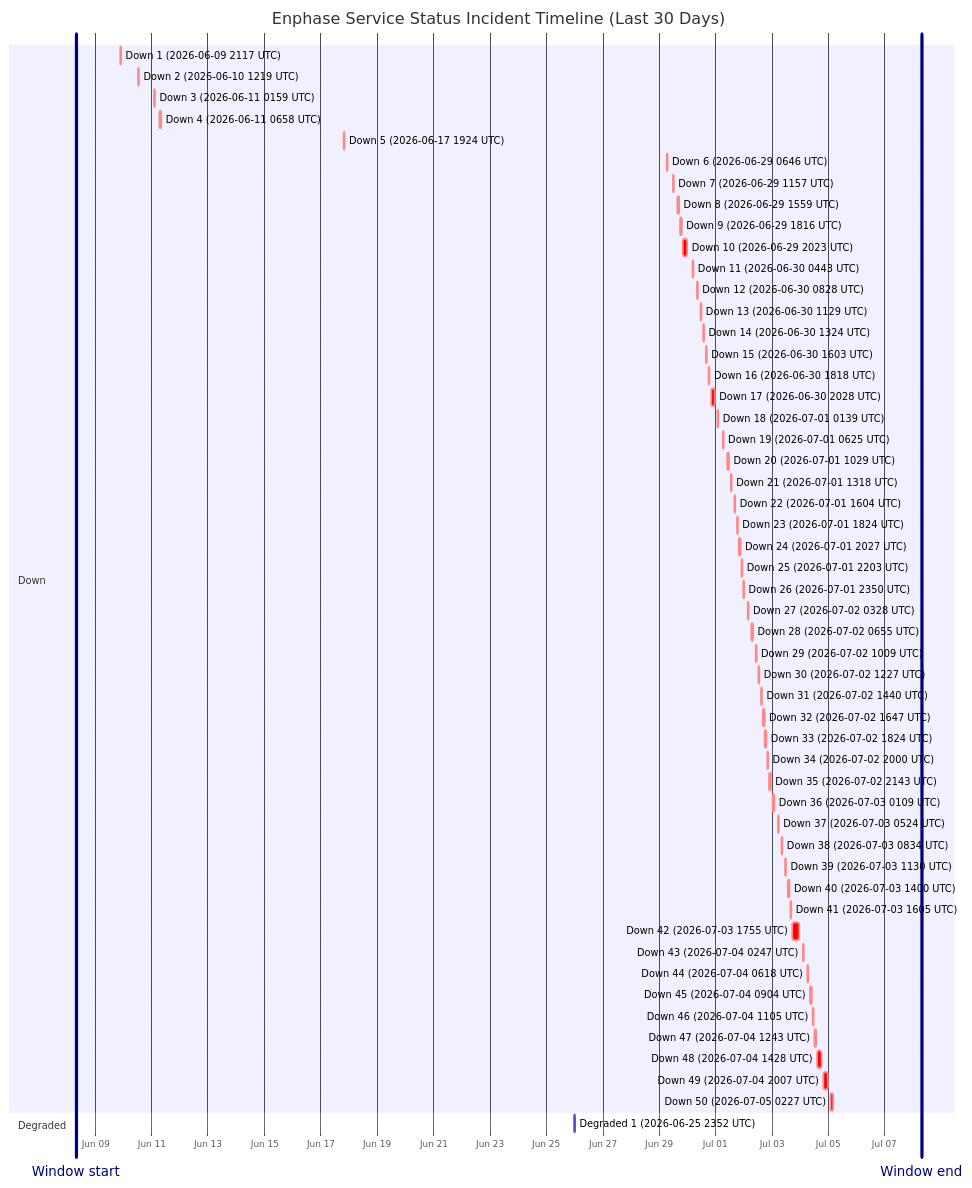
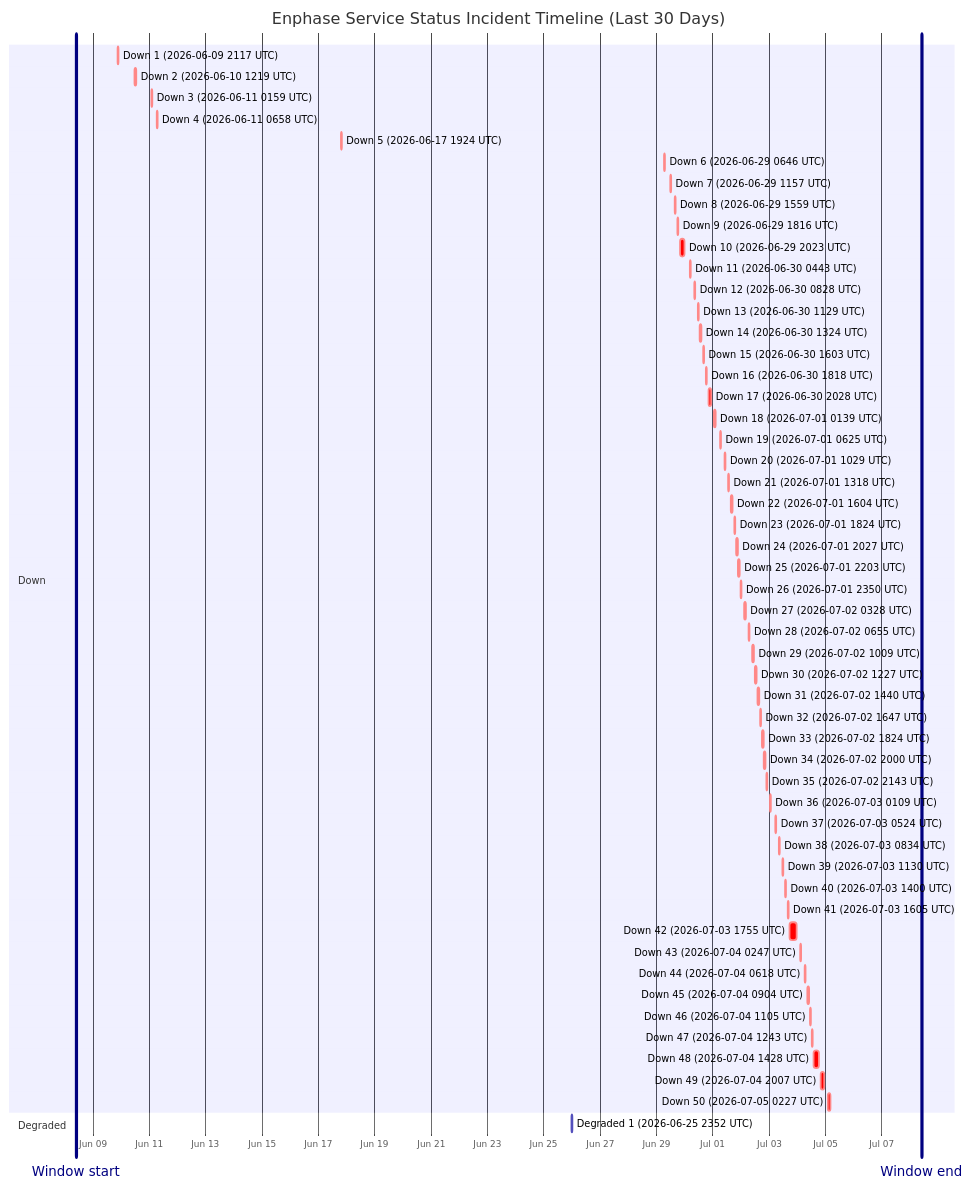
One commit to barneyonline/ha-enphase-energy changed the diagram in wiki/Service-Status-History.md. Above: the diagram before and after it, drawn with Mermaid. The commit also changed other lines of this file and 3 other files, not shown here.

````diff
--- a/wiki/Service-Status-History.md
+++ b/wiki/Service-Status-History.md
@@ -14,61 +14,61 @@
 ```mermaid
 gantt
     title Enphase Service Status Incident Timeline (Last 30 Days)
     dateFormat  YYYY-MM-DDTHH:mm:ss
     axisFormat  %b %d
-    Window start :vert, window-start, 2026-06-08T07:27:38, 0ms
-    Window end :vert, window-end, 2026-07-08T07:27:38, 0ms
+    Window start :vert, window-start, 2026-06-08T09:55:59, 0ms
+    Window end :vert, window-end, 2026-07-08T09:55:59, 0ms
     section Down
     Down 1 (2026-06-09 2117 UTC) :crit, down-1, 2026-06-09T21:17:17, 60m
     Down 2 (2026-06-10 1219 UTC) :crit, down-2, 2026-06-10T12:19:21, 60m
     Down 3 (2026-06-11 0159 UTC) :crit, down-3, 2026-06-11T01:59:36, 60m
     Down 4 (2026-06-11 0658 UTC) :crit, down-4, 2026-06-11T06:58:45, 60m
     Down 5 (2026-06-17 1924 UTC) :crit, down-5, 2026-06-17T19:24:51, 60m
     Down 6 (2026-06-29 0646 UTC) :crit, down-6, 2026-06-29T06:46:18, 60m
     Down 7 (2026-06-29 1157 UTC) :crit, down-7, 2026-06-29T11:57:36, 60m
     Down 8 (2026-06-29 1559 UTC) :crit, down-8, 2026-06-29T15:59:02, 60m
     Down 9 (2026-06-29 1816 UTC) :crit, down-9, 2026-06-29T18:16:38, 60m
     Down 10 (2026-06-29 2023 UTC) :crit, down-10, 2026-06-29T20:23:16, 220m
     Down 11 (2026-06-30 0443 UTC) :crit, down-11, 2026-06-30T04:43:54, 60m
     Down 12 (2026-06-30 0828 UTC) :crit, down-12, 2026-06-30T08:28:43, 60m
     Down 13 (2026-06-30 1129 UTC) :crit, down-13, 2026-06-30T11:29:15, 60m
     Down 14 (2026-06-30 1324 UTC) :crit, down-14, 2026-06-30T13:24:25, 60m
     Down 15 (2026-06-30 1603 UTC) :crit, down-15, 2026-06-30T16:03:26, 60m
     Down 16 (2026-06-30 1818 UTC) :crit, down-16, 2026-06-30T18:18:39, 60m
     Down 17 (2026-06-30 2028 UTC) :crit, down-17, 2026-06-30T20:28:54, 171m
     Down 18 (2026-07-01 0139 UTC) :crit, down-18, 2026-07-01T01:39:18, 60m
     Down 19 (2026-07-01 0625 UTC) :crit, down-19, 2026-07-01T06:25:35, 60m
     Down 20 (2026-07-01 1029 UTC) :crit, down-20, 2026-07-01T10:29:24, 60m
     Down 21 (2026-07-01 1318 UTC) :crit, down-21, 2026-07-01T13:18:31, 60m
     Down 22 (2026-07-01 1604 UTC) :crit, down-22, 2026-07-01T16:04:29, 60m
     Down 23 (2026-07-01 1824 UTC) :crit, down-23, 2026-07-01T18:24:21, 60m
     Down 24 (2026-07-01 2027 UTC) :crit, down-24, 2026-07-01T20:27:17, 60m
     Down 25 (2026-07-01 2203 UTC) :crit, down-25, 2026-07-01T22:03:46, 60m
     Down 26 (2026-07-01 2350 UTC) :crit, down-26, 2026-07-01T23:50:52, 60m
     Down 27 (2026-07-02 0328 UTC) :crit, down-27, 2026-07-02T03:28:33, 60m
     Down 28 (2026-07-02 0655 UTC) :crit, down-28, 2026-07-02T06:55:07, 60m
     Down 29 (2026-07-02 1009 UTC) :crit, down-29, 2026-07-02T10:09:15, 60m
     Down 30 (2026-07-02 1227 UTC) :crit, down-30, 2026-07-02T12:27:49, 60m
     Down 31 (2026-07-02 1440 UTC) :crit, down-31, 2026-07-02T14:40:53, 60m
     Down 32 (2026-07-02 1647 UTC) :crit, down-32, 2026-07-02T16:47:47, 60m
     Down 33 (2026-07-02 1824 UTC) :crit, down-33, 2026-07-02T18:24:26, 60m
     Down 34 (2026-07-02 2000 UTC) :crit, down-34, 2026-07-02T20:00:57, 60m
     Down 35 (2026-07-02 2143 UTC) :crit, down-35, 2026-07-02T21:43:52, 80m
     Down 36 (2026-07-03 0109 UTC) :crit, down-36, 2026-07-03T01:09:19, 60m
     Down 37 (2026-07-03 0524 UTC) :crit, down-37, 2026-07-03T05:24:23, 60m
     Down 38 (2026-07-03 0834 UTC) :crit, down-38, 2026-07-03T08:34:05, 60m
     Down 39 (2026-07-03 1130 UTC) :crit, down-39, 2026-07-03T11:30:41, 60m
     Down 40 (2026-07-03 1400 UTC) :crit, down-40, 2026-07-03T14:00:48, 60m
     Down 41 (2026-07-03 1605 UTC) :crit, down-41, 2026-07-03T16:05:49, 60m
     Down 42 (2026-07-03 1755 UTC) :crit, down-42, 2026-07-03T17:55:54, 338m
     Down 43 (2026-07-04 0247 UTC) :crit, down-43, 2026-07-04T02:47:22, 60m
     Down 44 (2026-07-04 0618 UTC) :crit, down-44, 2026-07-04T06:18:09, 60m
     Down 45 (2026-07-04 0904 UTC) :crit, down-45, 2026-07-04T09:04:41, 60m
     Down 46 (2026-07-04 1105 UTC) :crit, down-46, 2026-07-04T11:05:21, 60m
     Down 47 (2026-07-04 1243 UTC) :crit, down-47, 2026-07-04T12:43:25, 60m
     Down 48 (2026-07-04 1428 UTC) :crit, down-48, 2026-07-04T14:28:07, 243m
     Down 49 (2026-07-04 2007 UTC) :crit, down-49, 2026-07-04T20:07:50, 206m
     Down 50 (2026-07-05 0227 UTC) :crit, down-50, 2026-07-05T02:27:32, 109m
     section Degraded
     Degraded 1 (2026-06-25 2352 UTC) :active, degraded-1, 2026-06-25T23:52:01, 60m
 ```
````
